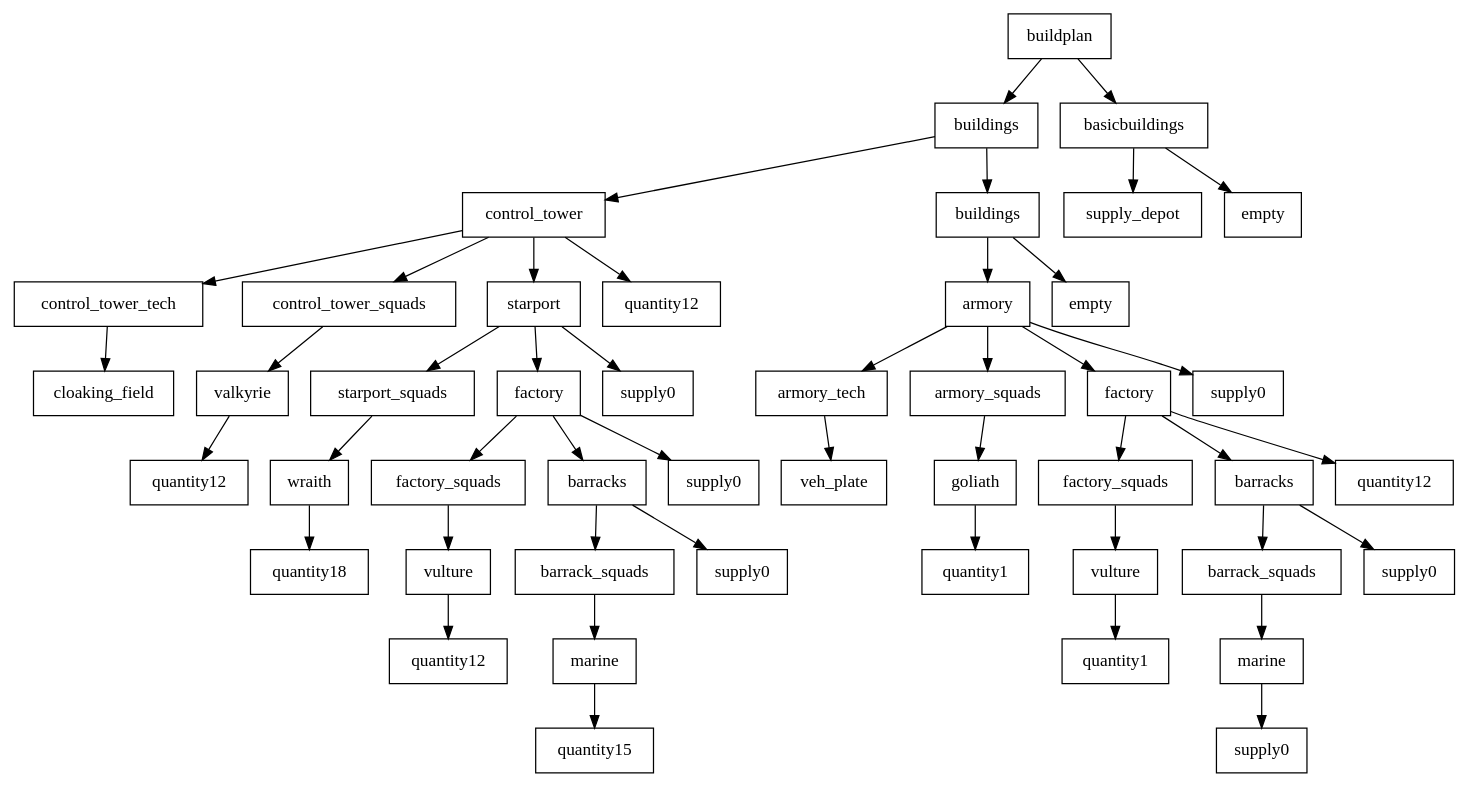
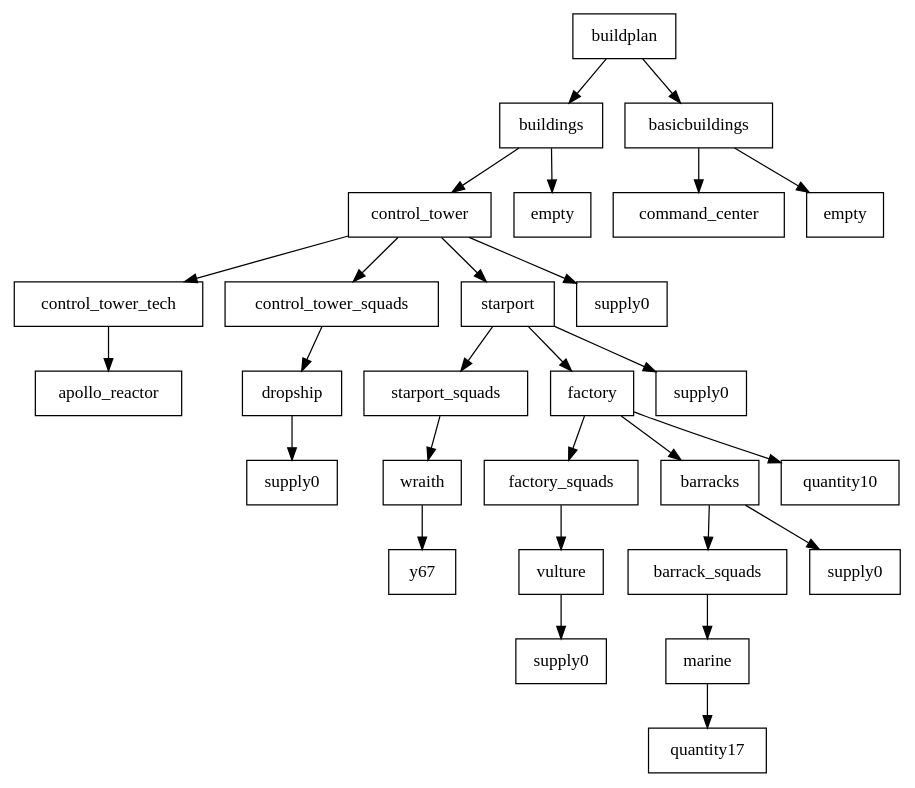
One commit to cryogenic-dreams/StarCraft-GPBot changed the diagram in GPBot/file0.dot. Above: the diagram before and after it, drawn with Graphviz. The commit also changed 17 other files, not shown here.

```diff
--- a/GPBot/file0.dot
+++ b/GPBot/file0.dot
@@ -1,95 +1,59 @@
 digraph g {
 graph [ordering=out];
 node [shape=rectangle];
 n[label = "buildplan"];
 n0[label = "buildings"];
 n00[label = "control_tower"];
 n000[label = "control_tower_tech"];
-n0000[label = "cloaking_field"];
+n0000[label = "apollo_reactor"];
 n000 -> n0000;
 n00 -> n000;
 n001[label = "control_tower_squads"];
-n0010[label = "valkyrie"];
-n00100[label = "quantity12"];
+n0010[label = "dropship"];
+n00100[label = "supply0"];
 n0010 -> n00100;
 n001 -> n0010;
 n00 -> n001;
 n002[label = "starport"];
 n0020[label = "starport_squads"];
 n00200[label = "wraith"];
-n002000[label = "quantity18"];
+n002000[label = "y67"];
 n00200 -> n002000;
 n0020 -> n00200;
 n002 -> n0020;
 n0021[label = "factory"];
 n00210[label = "factory_squads"];
 n002100[label = "vulture"];
-n0021000[label = "quantity12"];
+n0021000[label = "supply0"];
 n002100 -> n0021000;
 n00210 -> n002100;
 n0021 -> n00210;
 n00211[label = "barracks"];
 n002110[label = "barrack_squads"];
 n0021100[label = "marine"];
-n00211000[label = "quantity15"];
+n00211000[label = "quantity17"];
 n0021100 -> n00211000;
 n002110 -> n0021100;
 n00211 -> n002110;
 n002111[label = "supply0"];
 n00211 -> n002111;
 n0021 -> n00211;
-n00212[label = "supply0"];
+n00212[label = "quantity10"];
 n0021 -> n00212;
 n002 -> n0021;
 n0022[label = "supply0"];
 n002 -> n0022;
 n00 -> n002;
-n003[label = "quantity12"];
+n003[label = "supply0"];
 n00 -> n003;
 n0 -> n00;
-n01[label = "buildings"];
-n010[label = "armory"];
-n0100[label = "armory_tech"];
-n01000[label = "veh_plate"];
-n0100 -> n01000;
-n010 -> n0100;
-n0101[label = "armory_squads"];
-n01010[label = "goliath"];
-n010100[label = "quantity1"];
-n01010 -> n010100;
-n0101 -> n01010;
-n010 -> n0101;
-n0102[label = "factory"];
-n01020[label = "factory_squads"];
-n010200[label = "vulture"];
-n0102000[label = "quantity1"];
-n010200 -> n0102000;
-n01020 -> n010200;
-n0102 -> n01020;
-n01021[label = "barracks"];
-n010210[label = "barrack_squads"];
-n0102100[label = "marine"];
-n01021000[label = "supply0"];
-n0102100 -> n01021000;
-n010210 -> n0102100;
-n01021 -> n010210;
-n010211[label = "supply0"];
-n01021 -> n010211;
-n0102 -> n01021;
-n01022[label = "quantity12"];
-n0102 -> n01022;
-n010 -> n0102;
-n0103[label = "supply0"];
-n010 -> n0103;
-n01 -> n010;
-n011[label = "empty"];
-n01 -> n011;
+n01[label = "empty"];
 n0 -> n01;
 n -> n0;
 n1[label = "basicbuildings"];
-n10[label = "supply_depot"];
+n10[label = "command_center"];
 n1 -> n10;
 n11[label = "empty"];
 n1 -> n11;
 n -> n1;
 }
```
